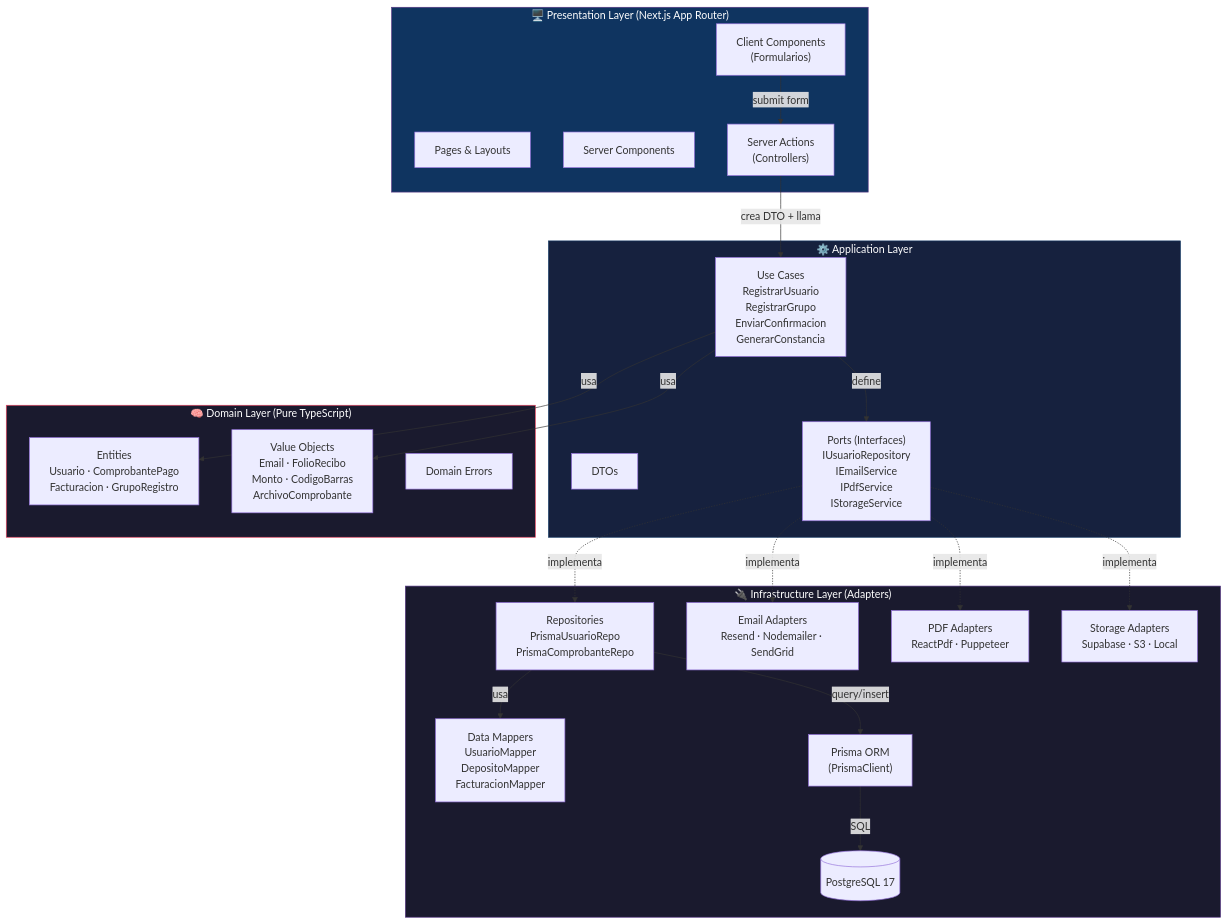
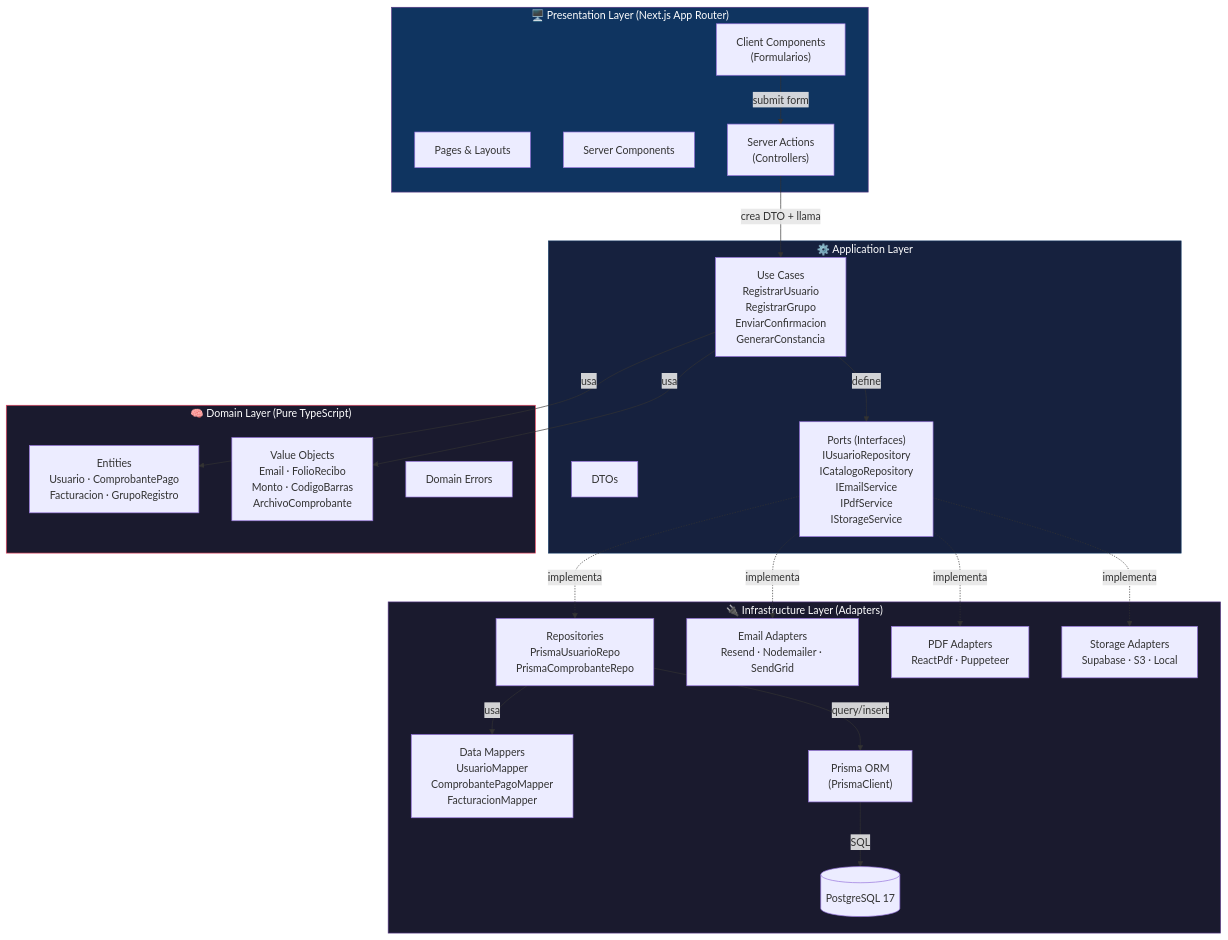
Before and after one commit to iKinoo/aniei-registro-2026: the first of 14 diagrams in docs/DESIGN.md, drawn with Mermaid. The commit also changed other lines of this file and 17 other files, not shown here.

Commit message:
feat: replace comprobante de pago with deposito entity and repository to support extended payment tracking

````diff
--- a/docs/DESIGN.md
+++ b/docs/DESIGN.md
@@ -236,51 +254,51 @@
 ```mermaid
 graph TB
     subgraph Presentation["🖥️ Presentation Layer (Next.js App Router)"]
         Pages["Pages & Layouts"]
         SC["Server Components"]
         CC["Client Components<br/>(Formularios)"]
         SA["Server Actions<br/>(Controllers)"]
     end
 
     subgraph Application["⚙️ Application Layer"]
         UC["Use Cases<br/>RegistrarUsuario<br/>RegistrarGrupo<br/>EnviarConfirmacion<br/>GenerarConstancia"]
         DTO["DTOs"]
-        Ports["Ports (Interfaces)<br/>IUsuarioRepository<br/>IEmailService<br/>IPdfService<br/>IStorageService"]
+        Ports["Ports (Interfaces)<br/>IUsuarioRepository<br/>ICatalogoRepository<br/>IEmailService<br/>IPdfService<br/>IStorageService"]
     end
 
     subgraph Domain["🧠 Domain Layer (Pure TypeScript)"]
         Entities["Entities<br/>Usuario · ComprobantePago<br/>Facturacion · GrupoRegistro"]
         VO["Value Objects<br/>Email · FolioRecibo<br/>Monto · CodigoBarras<br/>ArchivoComprobante"]
         DErr["Domain Errors"]
     end
 
     subgraph Infrastructure["🔌 Infrastructure Layer (Adapters)"]
         Repos["Repositories<br/>PrismaUsuarioRepo<br/>PrismaComprobanteRepo"]
-        Mappers["Data Mappers<br/>UsuarioMapper<br/>DepositoMapper<br/>FacturacionMapper"]
+        Mappers["Data Mappers<br/>UsuarioMapper<br/>ComprobantePagoMapper<br/>FacturacionMapper"]
         ORM["Prisma ORM<br/>(PrismaClient)"]
         EmailSvc["Email Adapters<br/>Resend · Nodemailer · SendGrid"]
         PdfSvc["PDF Adapters<br/>ReactPdf · Puppeteer"]
         StoreSvc["Storage Adapters<br/>Supabase · S3 · Local"]
         DB[("PostgreSQL 17")]
     end
 
     CC -->|"submit form"| SA
     SA -->|"crea DTO + llama"| UC
     UC -->|"usa"| Entities
     UC -->|"usa"| VO
     UC -->|"define"| Ports
 
     Ports -.->|"implementa"| Repos
     Ports -.->|"implementa"| EmailSvc
     Ports -.->|"implementa"| PdfSvc
     Ports -.->|"implementa"| StoreSvc
 
     Repos -->|"usa"| Mappers
     Repos -->|"query/insert"| ORM
     ORM -->|"SQL"| DB
 
     style Domain fill:#1a1a2e,stroke:#e94560,color:#fff
     style Application fill:#16213e,stroke:#0f3460,color:#fff
     style Presentation fill:#0f3460,stroke:#533483,color:#fff
     style Infrastructure fill:#1a1a2e,stroke:#533483,color:#fff
 ```
````
